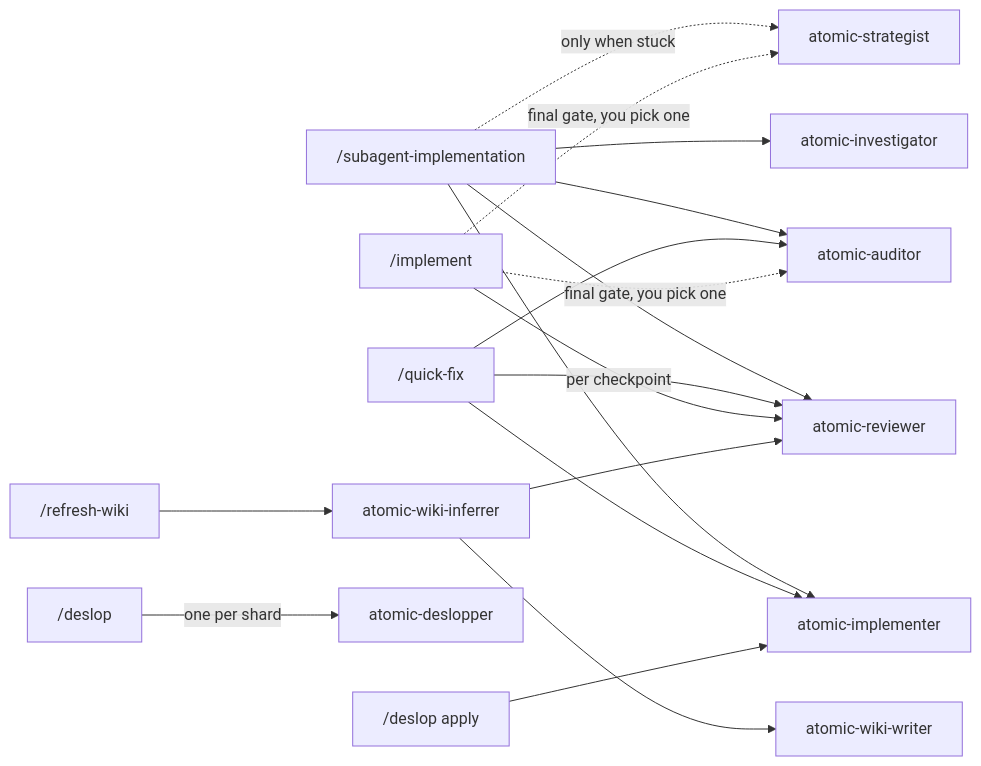
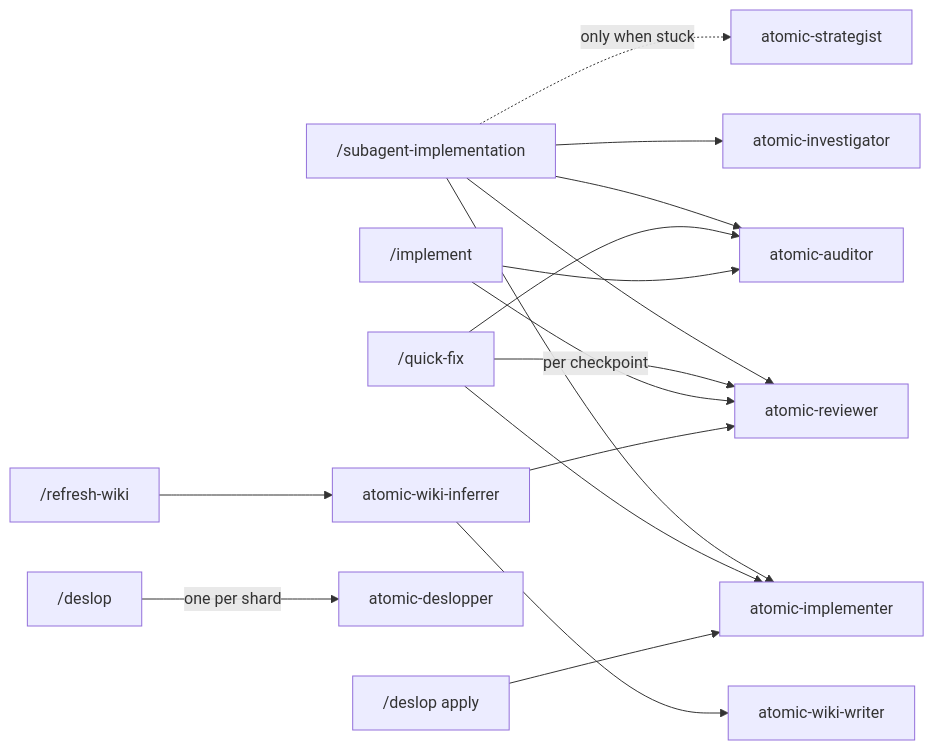
The diagram in docs/reference/agents.md (damusix/atomic-claude), drawn with Mermaid before and after one commit. The commit also changed other lines of this file and 28 other files, not shown here.

First line of the commit message:
feat: share one loop across implementation verbs

````diff
--- a/docs/reference/agents.md
+++ b/docs/reference/agents.md
@@ -10,21 +10,20 @@
 ```mermaid
 flowchart LR
     accTitle: Agent dispatch topology
-    accDescr: /subagent-implementation dispatches the investigator, implementer, reviewer, and auditor, and the strategist only when stuck. /quick-fix runs the same implementer, reviewer, and auditor without a spec. /implement dispatches no implementer at all, driving the reviewer once per checkpoint and one final gate you choose. /refresh-wiki dispatches the wiki-inferrer, which dispatches the wiki-writer and the reviewer. /deslop fans out one deslopper per shard, and /deslop apply drives the implementer.
+    accDescr: /subagent-implementation dispatches the investigator, implementer, reviewer, and auditor, and the strategist only when stuck. /quick-fix runs the same implementer, reviewer, and auditor without a spec. /implement dispatches no implementer at all, driving the reviewer once per checkpoint and the auditor once at the end. /refresh-wiki dispatches the wiki-inferrer, which dispatches the wiki-writer and the reviewer. /deslop fans out one deslopper per shard, and /deslop apply drives the implementer.
     SI["/subagent-implementation"] --> INV["atomic-investigator"]
     SI --> IMP["atomic-implementer"]
     SI --> REV["atomic-reviewer"]
     SI --> AUD["atomic-auditor"]
     SI -.->|only when stuck| STR["atomic-strategist"]
     QF["/quick-fix"] --> IMP
     QF --> REV
     QF --> AUD
     IM["/implement"] -->|per checkpoint| REV
-    IM -.->|final gate, you pick one| AUD
-    IM -.->|final gate, you pick one| STR
+    IM --> AUD
     RW["/refresh-wiki"] --> WI["atomic-wiki-inferrer"]
     WI --> WW["atomic-wiki-writer"]
     WI --> REV
     DS["/deslop"] -->|one per shard| DSL["atomic-deslopper"]
     DSA["/deslop apply"] --> IMP
 ```
````
